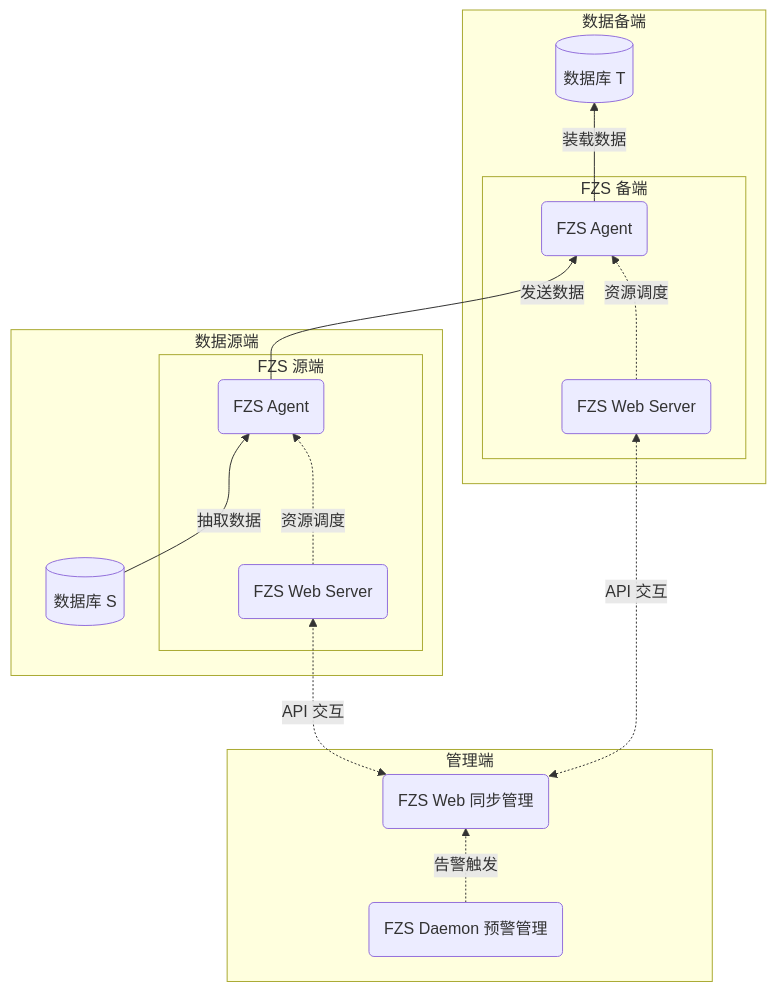
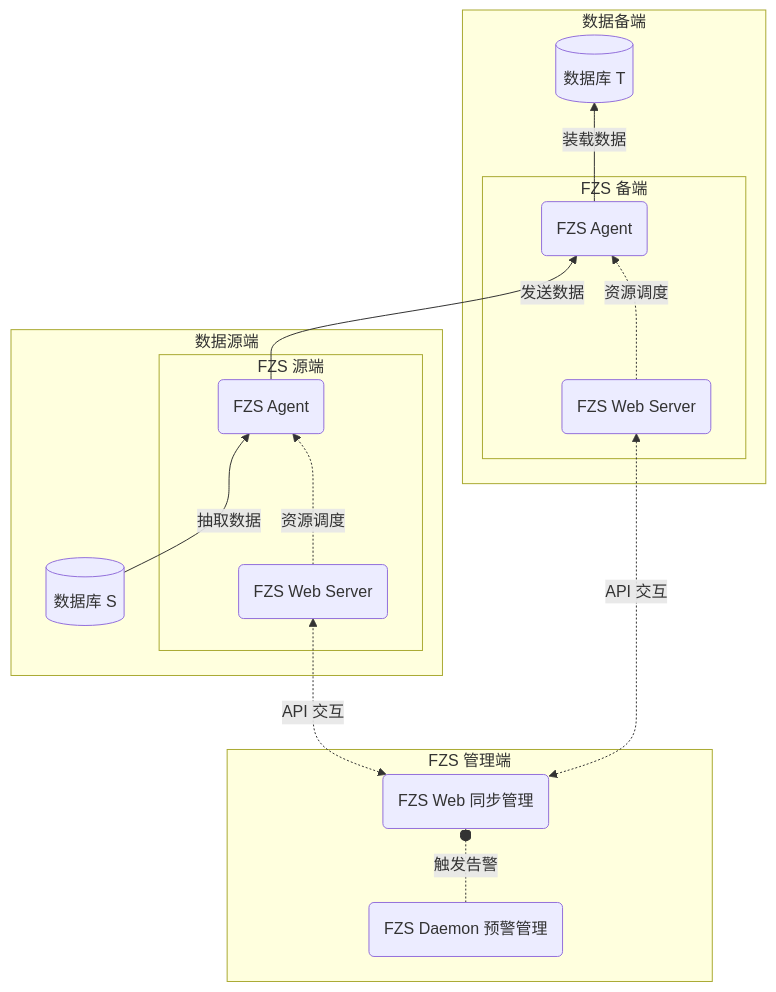
One commit to 9bridges/fzs-docs changed the diagram in docs/intro/product/architecture.md. Above: the diagram before and after it, drawn with Mermaid. The commit also changed other lines of this file, not shown here.

````diff
--- a/docs/intro/product/architecture.md
+++ b/docs/intro/product/architecture.md
@@ -9,25 +15,27 @@
 ```mermaid
 flowchart BT
   source-agent -- 发送数据 --> sink-agent
   fzs-web <-. API 交互 .-> source-web-server
   fzs-web <-. API 交互 .-> sink-web-server
   subgraph 数据源端
     source-db[(数据库 S)] -- 抽取数据 --> source-agent
     subgraph fzs-source [FZS 源端]
       source-web-server(FZS Web Server)
       source-agent(FZS Agent)
       source-web-server -. 资源调度 .-> source-agent
     end
   end
-  subgraph 管理端
-    fzs-daemon(FZS Daemon 预警管理) -. 告警触发 .-> fzs-web(FZS Web 同步管理)
+  subgraph FZS 管理端
+    fzs-daemon(FZS Daemon 预警管理)
+    fzs-web(FZS Web 同步管理)
+    fzs-daemon -. 触发告警 .-o fzs-web
   end
   subgraph 数据备端
     sink-agent -- 装载数据 --> sink-db[(数据库 T)]
     subgraph fzs-sink [FZS 备端]
       sink-web-server(FZS Web Server)
       sink-agent(FZS Agent)
       sink-web-server -. 资源调度 .-> sink-agent
     end
   end
 ```
````
